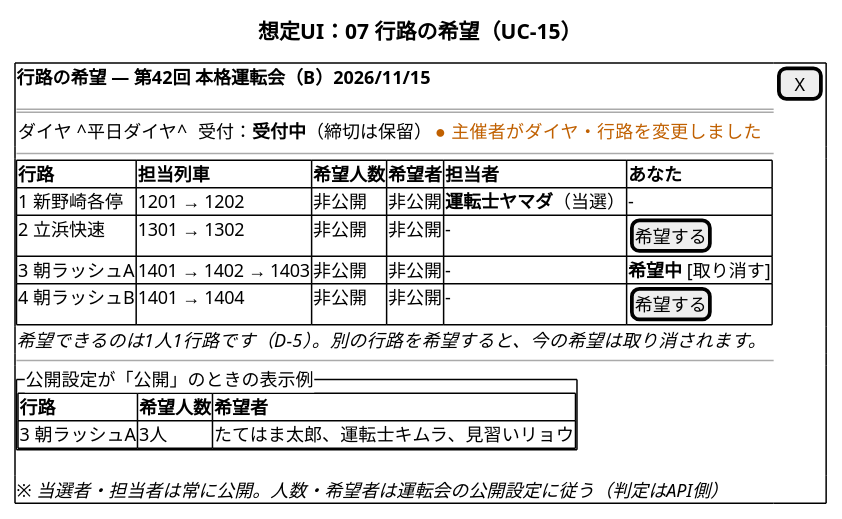
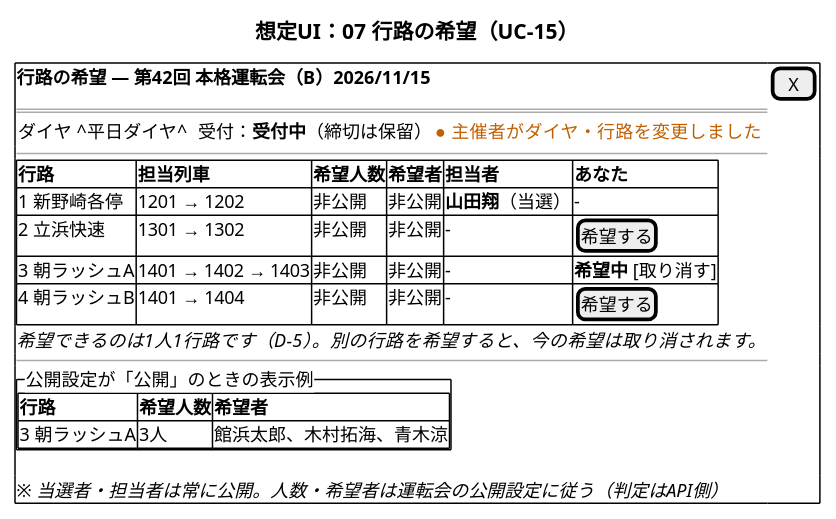
The diagram in Docs/diagrams/ui/07_行路希望.puml (daidoji-traincrew-office/Tatehama_shukkindai), drawn with PlantUML before and after one commit. The commit also changed 34 other files, not shown here.

```diff
--- a/Docs/diagrams/ui/07_行路希望.puml
+++ b/Docs/diagrams/ui/07_行路希望.puml
@@ -1,30 +1,30 @@
 @startsalt ui-07
 skinparam defaultFontName "Yu Gothic UI"
 title 想定UI：07 行路の希望（UC-15）
 {
   {+
     <b>行路の希望 ― 第42回 本格運転会（B）2026/11/15                         | [ X ]
     ==
     {
       ダイヤ ^平日ダイヤ^ | . | 受付：<b>受付中</b>（締切は保留） | <color:#C06000>● 主催者がダイヤ・行路を変更しました</color>
     }
     --
     {#
       <b>行路 | <b>担当列車 | <b>希望人数 | <b>希望者 | <b>担当者 | <b>あなた
-      1 新野崎各停 | 1201 → 1202 | 非公開 | 非公開 | <b>運転士ヤマダ</b>（当選） | -
+      1 新野崎各停 | 1201 → 1202 | 非公開 | 非公開 | <b>山田翔</b>（当選） | -
       2 立浜快速 | 1301 → 1302 | 非公開 | 非公開 | - | [希望する]
       3 朝ラッシュA | 1401 → 1402 → 1403 | 非公開 | 非公開 | - | <b>希望中</b> [取り消す]
       4 朝ラッシュB | 1401 → 1404 | 非公開 | 非公開 | - | [希望する]
     }
     <i>希望できるのは1人1行路です（D-5）。別の行路を希望すると、今の希望は取り消されます。</i>
     --
     {^"公開設定が「公開」のときの表示例"
       {#
         <b>行路 | <b>希望人数 | <b>希望者
-        3 朝ラッシュA | 3人 | たてはま太郎、運転士キムラ、見習いリョウ
+        3 朝ラッシュA | 3人 | 館浜太郎、木村拓海、青木涼
       }
     }
     <i>※ 当選者・担当者は常に公開。人数・希望者は運転会の公開設定に従う（判定はAPI側）</i>
   }
 }
 @endsalt
```
